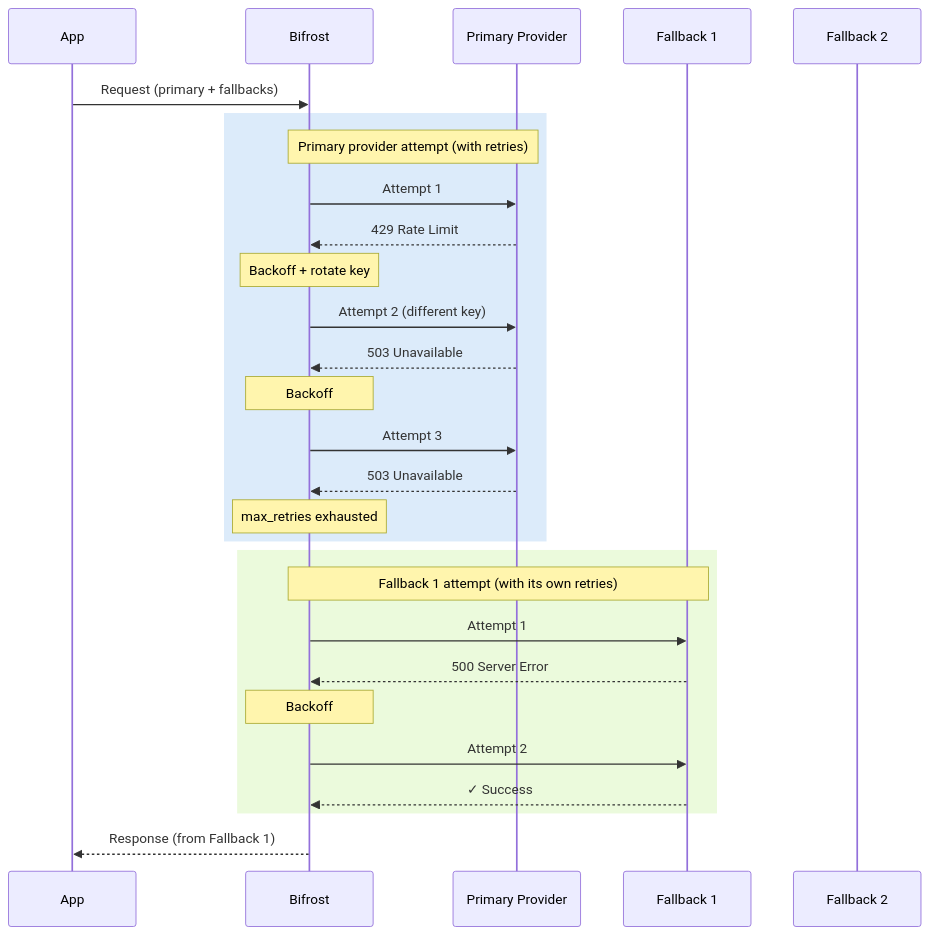
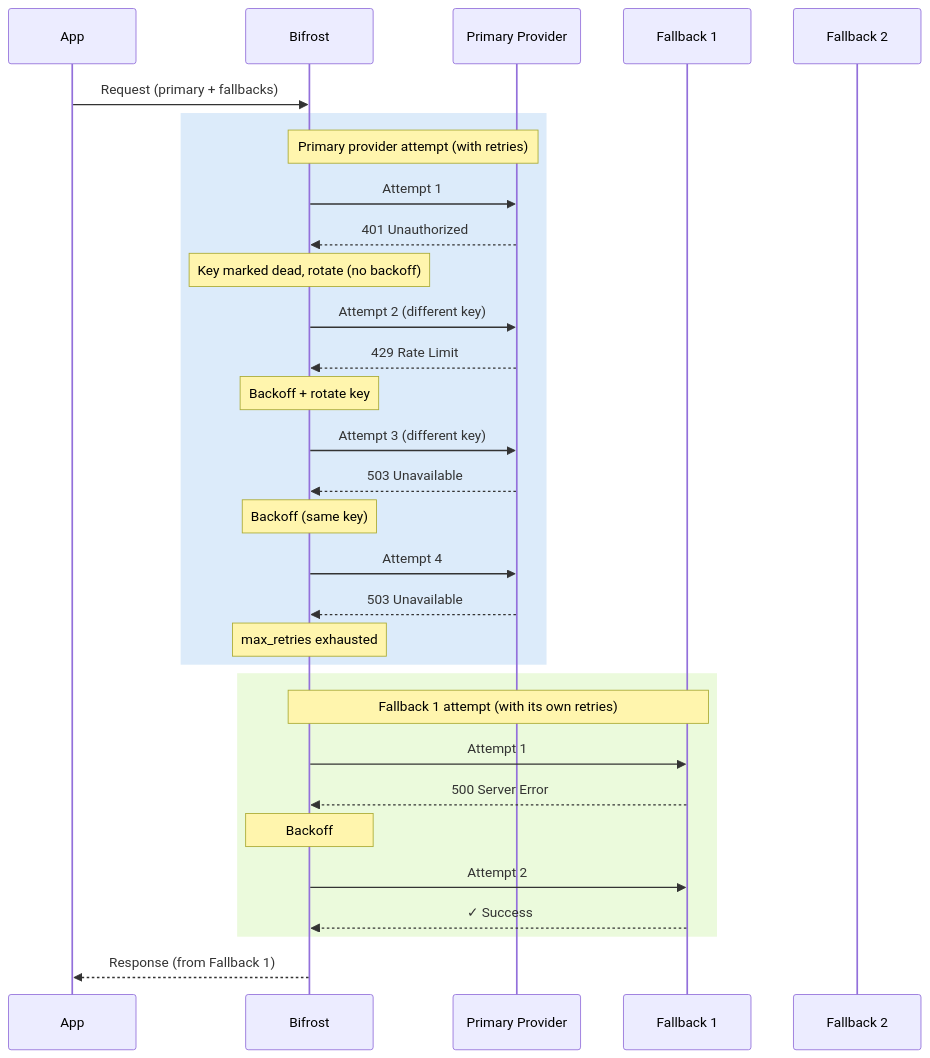
The diagram in docs/features/retries-and-fallbacks.mdx (akhsaul/bifrost), drawn with Mermaid before and after one commit. The commit also changed other lines of this file and 11 other files, not shown here.

First line of the commit message:
feat: rotate keys on 401/402/403 and return `502 upstream_credentials_exhausted` when all keys are permanently dead (#3491)

````diff
--- a/docs/features/retries-and-fallbacks.mdx
+++ b/docs/features/retries-and-fallbacks.mdx
@@ -313,34 +324,37 @@
 ```mermaid
 sequenceDiagram
     participant App
     participant Bifrost
     participant Primary as Primary Provider
     participant FB1 as Fallback 1
     participant FB2 as Fallback 2
 
     App->>Bifrost: Request (primary + fallbacks)
 
     rect rgb(220, 235, 250)
         note over Bifrost,Primary: Primary provider attempt (with retries)
         Bifrost->>Primary: Attempt 1
+        Primary-->>Bifrost: 401 Unauthorized
+        note over Bifrost: Key marked dead, rotate (no backoff)
+        Bifrost->>Primary: Attempt 2 (different key)
         Primary-->>Bifrost: 429 Rate Limit
         note over Bifrost: Backoff + rotate key
-        Bifrost->>Primary: Attempt 2 (different key)
+        Bifrost->>Primary: Attempt 3 (different key)
         Primary-->>Bifrost: 503 Unavailable
-        note over Bifrost: Backoff
-        Bifrost->>Primary: Attempt 3
+        note over Bifrost: Backoff (same key)
+        Bifrost->>Primary: Attempt 4
         Primary-->>Bifrost: 503 Unavailable
         note over Bifrost: max_retries exhausted
     end
 
     rect rgb(235, 250, 220)
         note over Bifrost,FB1: Fallback 1 attempt (with its own retries)
         Bifrost->>FB1: Attempt 1
         FB1-->>Bifrost: 500 Server Error
         note over Bifrost: Backoff
         Bifrost->>FB1: Attempt 2
         FB1-->>Bifrost: ✓ Success
     end
 
     Bifrost-->>App: Response (from Fallback 1)
 ```
````
